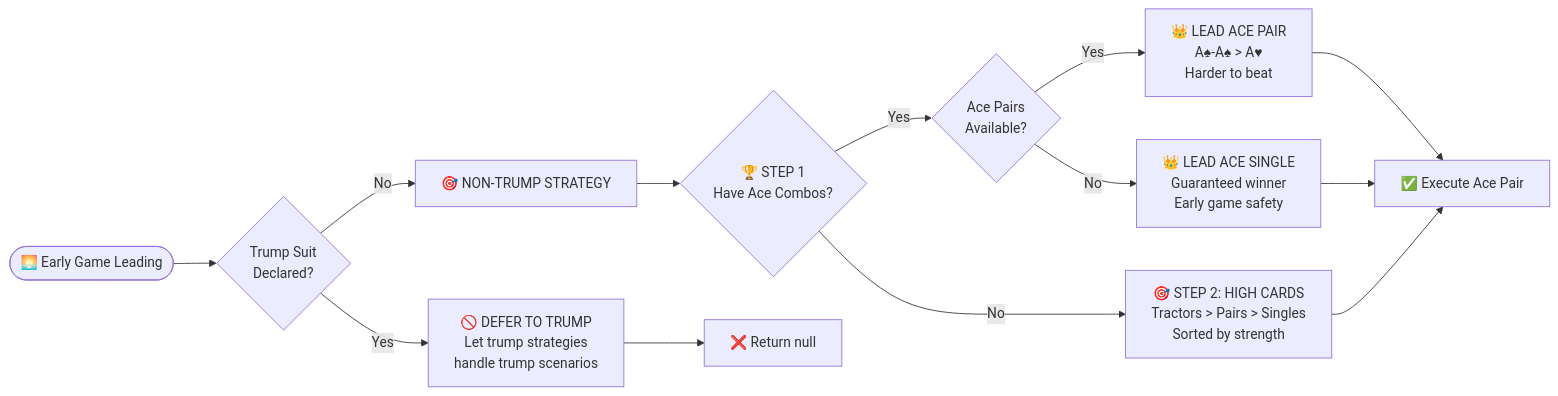
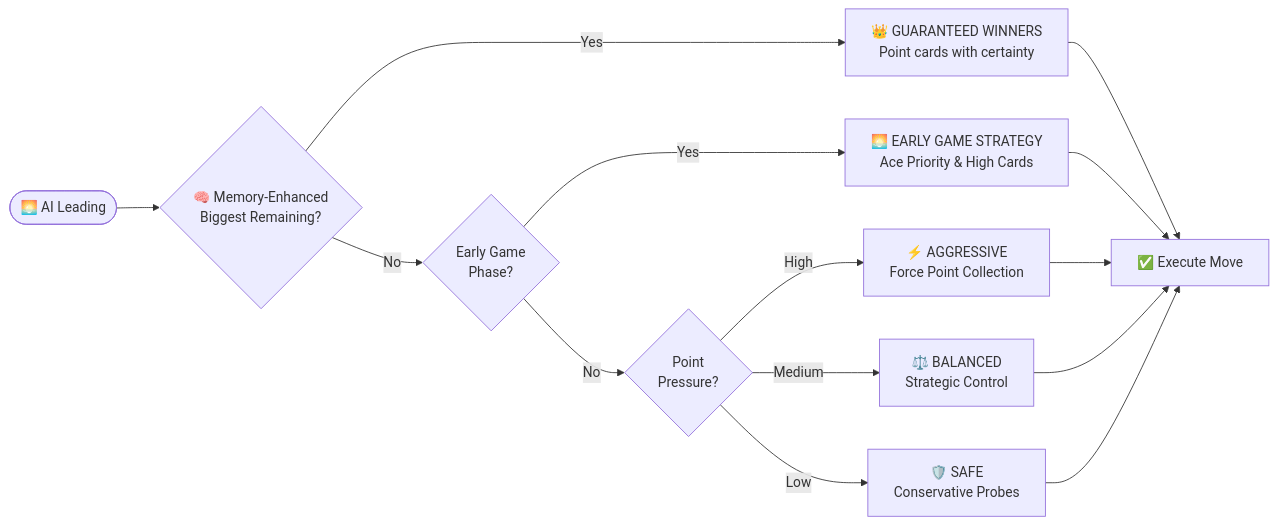
Before and after one commit to ejfn/Tractor: the third of 6 diagrams in docs/AI_SYSTEM.md, drawn with Mermaid. The commit also changed other lines of this file and 3 other files, not shown here.

````diff
--- a/docs/AI_SYSTEM.md
+++ b/docs/AI_SYSTEM.md
@@ -81,16 +113,17 @@
 ```mermaid
 flowchart LR
-    Start([🌅 Early Game Leading]) --> Trump{Trump Suit<br/>Declared?}
-    Trump -->|Yes| Defer[🚫 DEFER TO TRUMP<br/>Let trump strategies<br/>handle trump scenarios]
-    Trump -->|No| NonTrump[🎯 NON-TRUMP STRATEGY]
-    NonTrump --> Step1{🏆 STEP 1<br/>Have Ace Combos?}
-    Step1 -->|Yes| AcePairs{Ace Pairs<br/>Available?}
-    AcePairs -->|Yes| LeadAcePair[👑 LEAD ACE PAIR<br/>A♠-A♠ > A♥<br/>Harder to beat]
-    AcePairs -->|No| LeadAceSingle[👑 LEAD ACE SINGLE<br/>Guaranteed winner<br/>Early game safety]
-    Step1 -->|No| Step2[🎯 STEP 2: HIGH CARDS<br/>Tractors > Pairs > Singles<br/>Sorted by strength]
+    Start([🌅 AI Leading]) --> Memory{🧠 Memory-Enhanced<br/>Biggest Remaining?}
+    Memory -->|Yes| Guaranteed[👑 GUARANTEED WINNERS<br/>Point cards with certainty]
+    Memory -->|No| Early{Early Game<br/>Phase?}
+    Early -->|Yes| EarlyGame[🌅 EARLY GAME STRATEGY<br/>Ace Priority & High Cards]
+    Early -->|No| Pressure{Point<br/>Pressure?}
+    Pressure -->|High| Aggressive[⚡ AGGRESSIVE<br/>Force Point Collection]
+    Pressure -->|Medium| Balanced[⚖️ BALANCED<br/>Strategic Control]
+    Pressure -->|Low| Safe[🛡️ SAFE<br/>Conservative Probes]
     
-    Defer --> End[❌ Return null]
-    LeadAcePair --> End2[✅ Execute Ace Pair]
-    LeadAceSingle --> End2
-    Step2 --> End2
+    Guaranteed --> Execute[✅ Execute Move]
+    EarlyGame --> Execute
+    Aggressive --> Execute
+    Balanced --> Execute
+    Safe --> Execute
 ```
````
